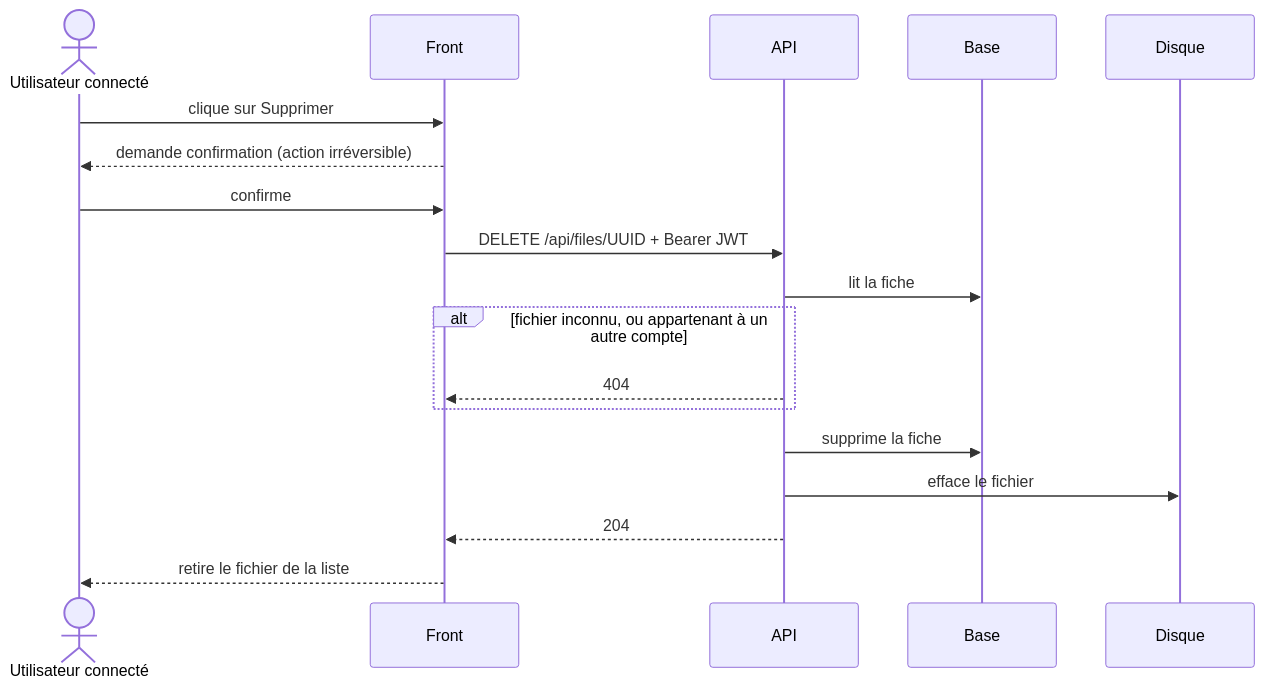
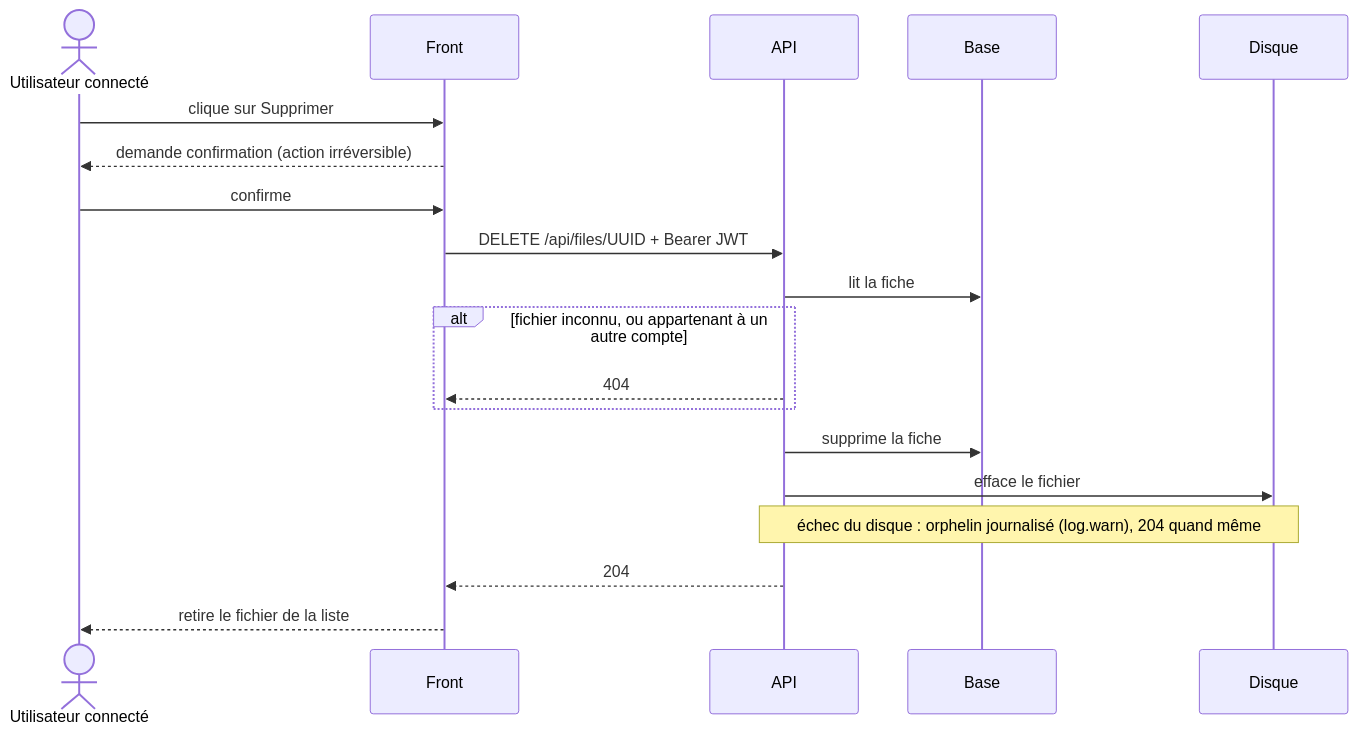
The seventh of 7 diagrams in docs/conception/architecture.md (younesyousfipro/data-share), drawn with Mermaid before and after one commit. The commit also changed other lines of this file and 6 other files, not shown here.

````diff
--- a/docs/conception/architecture.md
+++ b/docs/conception/architecture.md
@@ -641,21 +684,22 @@
 ```mermaid
 sequenceDiagram
   actor U as Utilisateur connecté
   participant F as Front
   participant A as API
   participant B as Base
   participant D as Disque
 
   U->>F: clique sur Supprimer
   F-->>U: demande confirmation (action irréversible)
   U->>F: confirme
   F->>A: DELETE /api/files/UUID + Bearer JWT
   A->>B: lit la fiche
   alt fichier inconnu, ou appartenant à un autre compte
     A-->>F: 404
   end
   A->>B: supprime la fiche
   A->>D: efface le fichier
+  Note over A,D: échec du disque : orphelin journalisé (log.warn), 204 quand même
   A-->>F: 204
   F-->>U: retire le fichier de la liste
 ```
````
